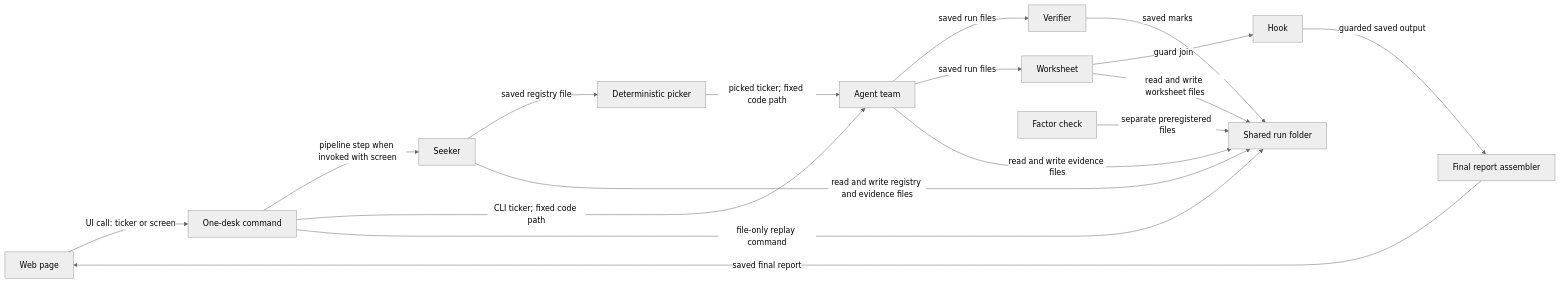
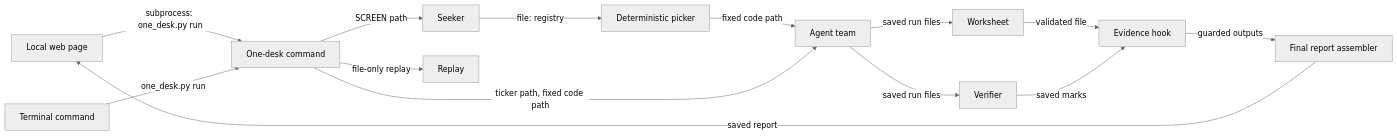
The diagram in CHECKPOINT3_SUBMISSION.md (zainnn12/FIN67110-Fall2026), drawn with Mermaid (neutral theme) before and after one commit. The commit also changed other lines of this file and 7 other files, not shown here.

````diff
--- a/CHECKPOINT3_SUBMISSION.md
+++ b/CHECKPOINT3_SUBMISSION.md
@@ -7,19 +9,16 @@
 ```mermaid
 flowchart LR
-  UI[Web page] -->|UI call: ticker or screen| Desk[One-desk command]
-  Desk -->|pipeline step when invoked with screen| Seeker[Seeker]
-  Seeker -->|saved registry file| Picker[Deterministic picker]
-  Picker -->|picked ticker; fixed code path| Team[Agent team]
-  Desk -->|CLI ticker; fixed code path| Team
-  Team -->|saved run files| Verifier[Verifier]
+  UI[Local web page] -->|subprocess: one_desk.py run| Desk[One-desk command]
+  CLI[Terminal command] -->|one_desk.py run| Desk
+  Desk -->|SCREEN path| Seeker[Seeker]
+  Seeker -->|file: registry| Picker[Deterministic picker]
+  Picker -->|fixed code path| Team[Agent team]
+  Desk -->|ticker path, fixed code path| Team
+  Team -->|saved run files| Verify[Verifier]
   Team -->|saved run files| Worksheet[Worksheet]
-  Worksheet -->|guard join| Hook[Hook]
-  Hook -->|guarded saved output| Assembler[Final report assembler]
-  Assembler -->|saved final report| UI
-  Team -->|read and write evidence files| Shared[Shared run folder]
-  Seeker -->|read and write registry and evidence files| Shared
-  Worksheet -->|read and write worksheet files| Shared
-  Verifier -->|saved marks| Shared
-  Factor[Factor check] -->|separate preregistered files| Shared
-  Desk -->|file-only replay command| Shared
+  Worksheet -->|validated file| Hook[Evidence hook]
+  Verify -->|saved marks| Hook
+  Hook -->|guarded outputs| Assembler[Final report assembler]
+  Assembler -->|saved report| UI
+  Desk -->|file-only replay| Replay[Replay]
 ```
````
